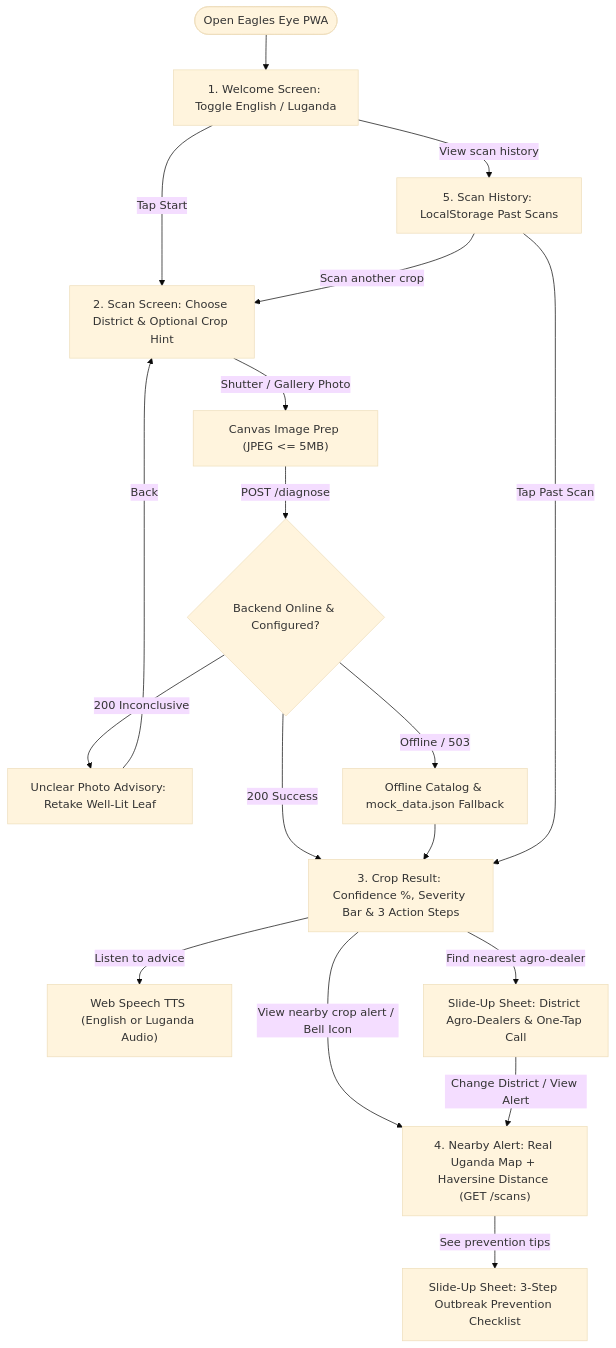
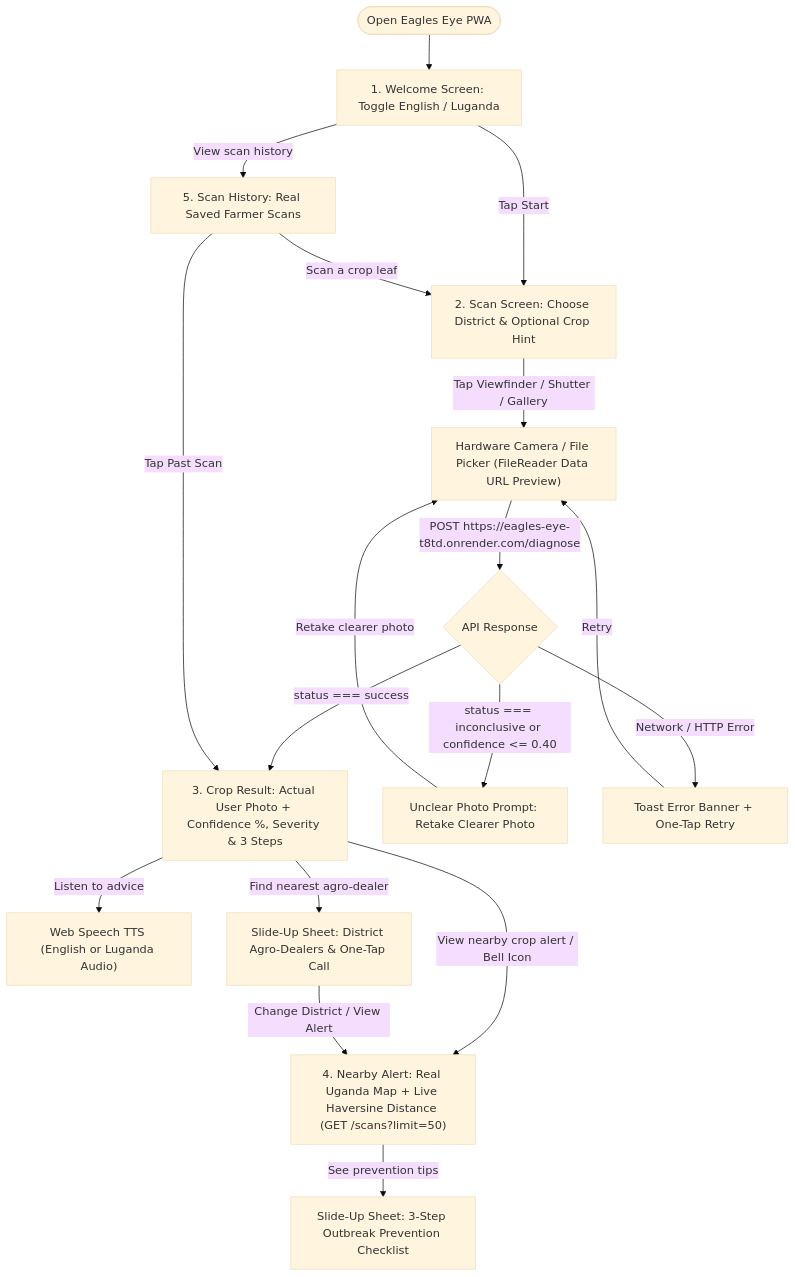
Before and after one commit to Wasswa-Phen/eagles-eye: the third of 4 diagrams in README.md, drawn with Mermaid (base theme). The commit also changed other lines of this file and 13 other files, not shown here.

````diff
--- a/README.md
+++ b/README.md
@@ -103,24 +103,24 @@
 ```mermaid
 flowchart TD
     Start(["Open Eagles Eye PWA"]) --> Welcome["1. Welcome Screen: Toggle English / Luganda"]
     Welcome -->|"Tap Start"| Scan["2. Scan Screen: Choose District & Optional Crop Hint"]
-    Welcome -->|"View scan history"| History["5. Scan History: LocalStorage Past Scans"]
+    Welcome -->|"View scan history"| History["5. Scan History: Real Saved Farmer Scans"]
 
-    Scan -->|"Shutter / Gallery Photo"| Compress["Canvas Image Prep (JPEG <= 5MB)"]
-    Compress -->|"POST /diagnose"| CheckAPI{"Backend Online & Configured?"}
+    Scan -->|"Tap Viewfinder / Shutter / Gallery"| Picker["Hardware Camera / File Picker (FileReader Data URL Preview)"]
+    Picker -->|"POST https://eagles-eye-t8td.onrender.com/diagnose"| CheckAPI{"API Response"}
 
-    CheckAPI -->|"200 Success"| Result["3. Crop Result: Confidence %, Severity Bar & 3 Action Steps"]
-    CheckAPI -->|"200 Inconclusive"| Retake["Unclear Photo Advisory: Retake Well-Lit Leaf"]
-    CheckAPI -->|"Offline / 503"| Fallback["Offline Catalog & mock_data.json Fallback"]
-    Fallback --> Result
-    Retake -->|"Back"| Scan
+    CheckAPI -->|"status === success"| Result["3. Crop Result: Actual User Photo + Confidence %, Severity & 3 Steps"]
+    CheckAPI -->|"status === inconclusive or confidence <= 0.40"| Retake["Unclear Photo Prompt: Retake Clearer Photo"]
+    CheckAPI -->|"Network / HTTP Error"| RetryToast["Toast Error Banner + One-Tap Retry"]
+    Retake -->|"Retake clearer photo"| Picker
+    RetryToast -->|"Retry"| Picker
 
     Result -->|"Listen to advice"| TTS["Web Speech TTS (English or Luganda Audio)"]
     Result -->|"Find nearest agro-dealer"| Dealers["Slide-Up Sheet: District Agro-Dealers & One-Tap Call"]
-    Result -->|"View nearby crop alert / Bell Icon"| Nearby["4. Nearby Alert: Real Uganda Map + Haversine Distance (GET /scans)"]
+    Result -->|"View nearby crop alert / Bell Icon"| Nearby["4. Nearby Alert: Real Uganda Map + Live Haversine Distance (GET /scans?limit=50)"]
 
     Dealers -->|"Change District / View Alert"| Nearby
     Nearby -->|"See prevention tips"| Tips["Slide-Up Sheet: 3-Step Outbreak Prevention Checklist"]
     History -->|"Tap Past Scan"| Result
-    History -->|"Scan another crop"| Scan
+    History -->|"Scan a crop leaf"| Scan
 ```
````
